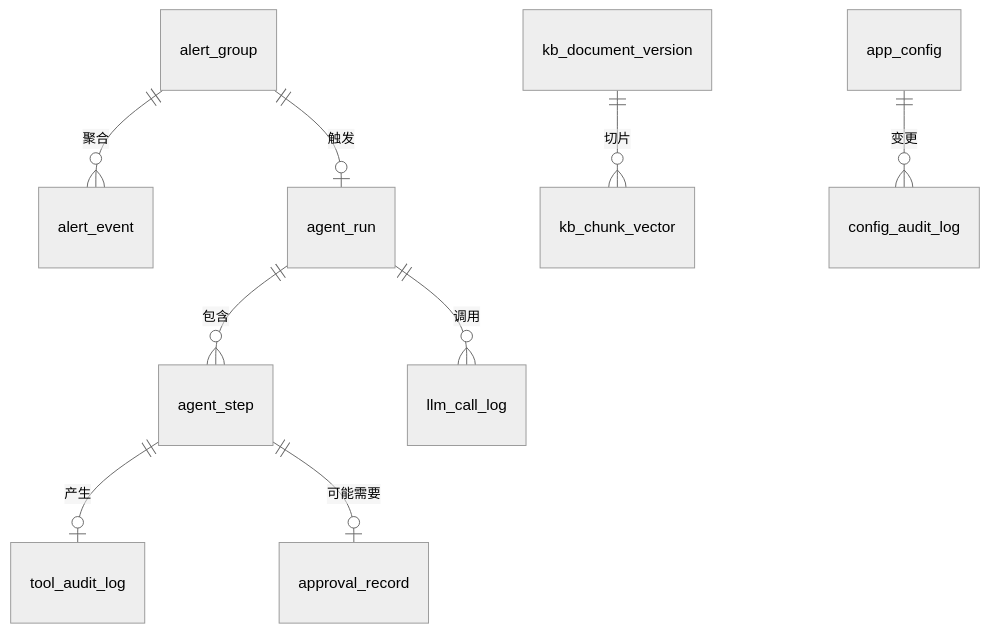
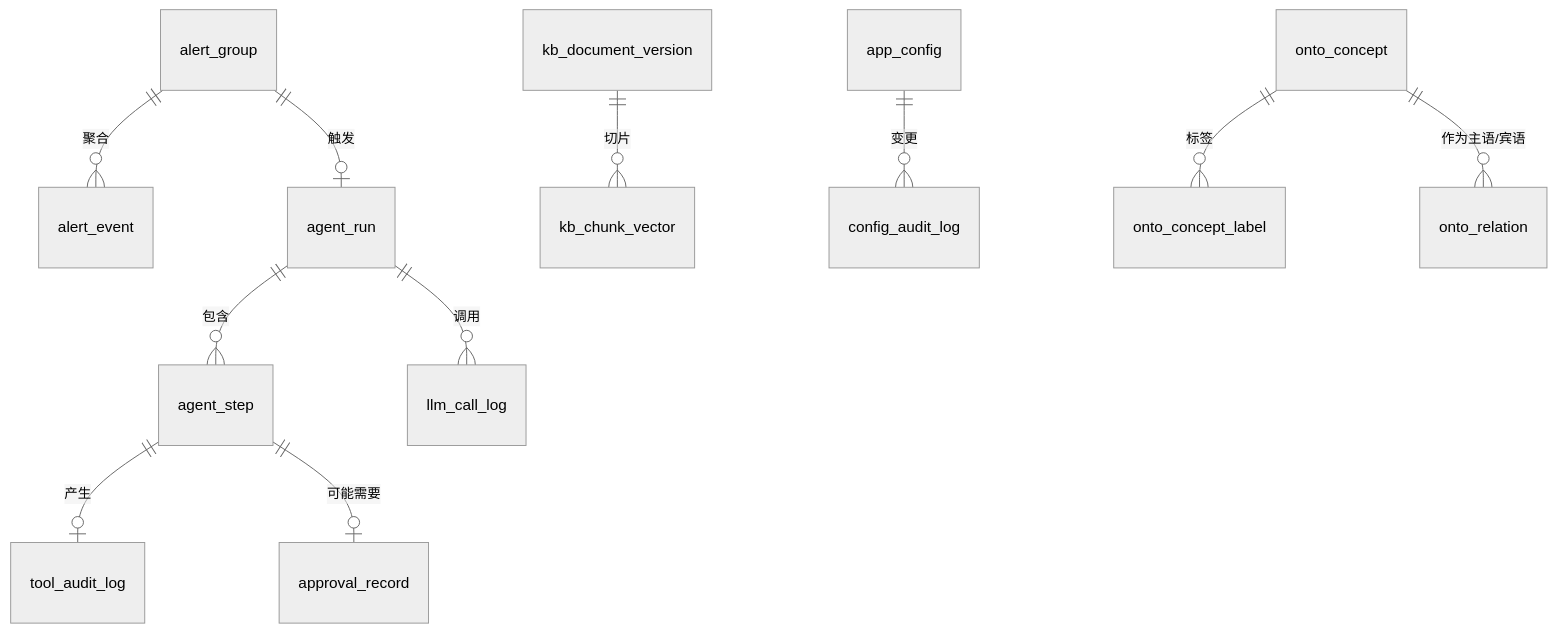
The diagram in 5.数据库设计文档.md (tough723/-agent-), drawn with Mermaid (neutral theme) before and after one commit. The commit also changed other lines of this file and 38 other files, not shown here.

````diff
--- a/5.数据库设计文档.md
+++ b/5.数据库设计文档.md
@@ -14,11 +23,13 @@
 ```mermaid
 erDiagram
     alert_group ||--o{ alert_event : "聚合"
     alert_group ||--o| agent_run : "触发"
     agent_run ||--o{ agent_step : "包含"
     agent_step ||--o| tool_audit_log : "产生"
     agent_step ||--o| approval_record : "可能需要"
     agent_run ||--o{ llm_call_log : "调用"
     kb_document_version ||--o{ kb_chunk_vector : "切片"
     app_config ||--o{ config_audit_log : "变更"
+    onto_concept ||--o{ onto_concept_label : "标签"
+    onto_concept ||--o{ onto_relation : "作为主语/宾语"
 ```
````
